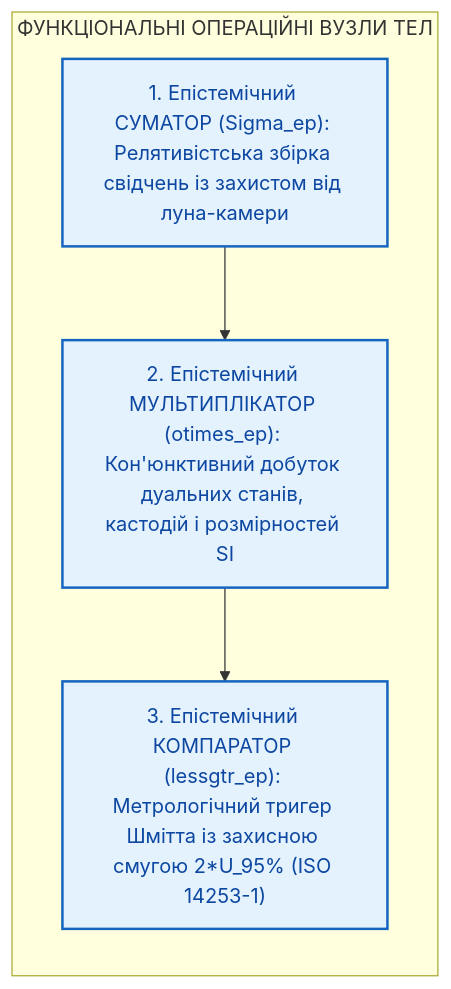
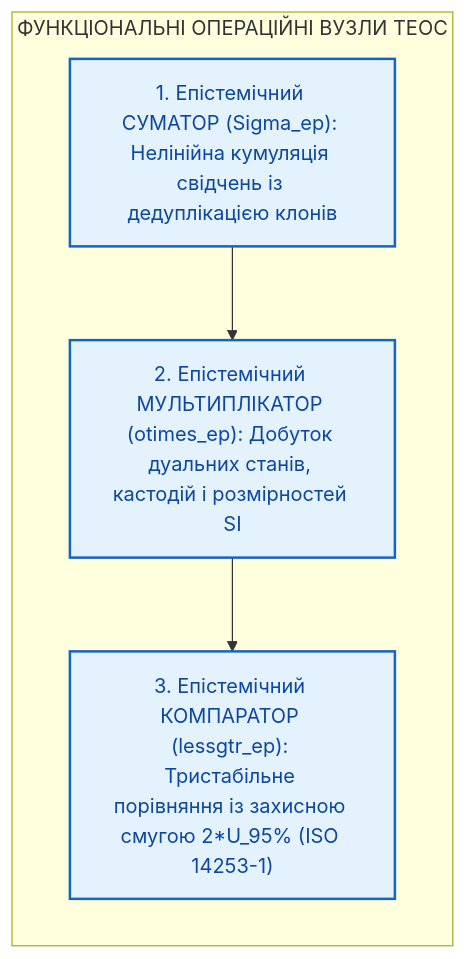
One commit to nick-fedchik/articles changed the first of 3 diagrams in Epistemic_Circuit_Theory/ch08-operational-units-adders-multipliers-comparators.md. Above: the diagram before and after it, drawn with Mermaid. The commit also changed other lines of this file and 10 other files, not shown here.

````diff
--- a/Epistemic_Circuit_Theory/ch08-operational-units-adders-multipliers-comparators.md
+++ b/Epistemic_Circuit_Theory/ch08-operational-units-adders-multipliers-comparators.md
@@ -40,16 +38,16 @@
 ```mermaid
 flowchart LR
-    accTitle: Три фундаментальні функціональні операційні вузли ТЕЛ
-    accDescr: Класифікація операційних вузлів ТЕЛ: Релятивістський суматор, Дуальний мультиплікатор та Гістерезисний компаратор.
+    accTitle: Рисунок 8.1. Три функціональні операційні вузли ТЕОС
+    accDescr: Послідовність операційних вузлів ТЕОС: Нелінійний суматор, Дуальний мультиплікатор та Тристабільний інтервальний компаратор.
 
-    subgraph Units ["ФУНКЦІОНАЛЬНІ ОПЕРАЦІЙНІ ВУЗЛИ ТЕЛ"]
-        Adder["1. Епістемічний СУМАТОР (Sigma_ep): Релятивістська збірка свідчень із захистом від луна-камери"]
-        Mult["2. Епістемічний МУЛЬТИПЛІКАТОР (otimes_ep): Кон'юнктивний добуток дуальних станів, кастодій і розмірностей SI"]
-        Comp["3. Епістемічний КОМПАРАТОР (lessgtr_ep): Метрологічний тригер Шмітта із захисною смугою 2*U_95% (ISO 14253-1)"]
+    subgraph Units ["ФУНКЦІОНАЛЬНІ ОПЕРАЦІЙНІ ВУЗЛИ ТЕОС"]
+        Adder["1. Епістемічний СУМАТОР (Sigma_ep): Нелінійна кумуляція свідчень із дедуплікацією клонів"]
+        Mult["2. Епістемічний МУЛЬТИПЛІКАТОР (otimes_ep): Добуток дуальних станів, кастодій і розмірностей SI"]
+        Comp["3. Епістемічний КОМПАРАТОР (lessgtr_ep): Тристабільне порівняння із захисною смугою 2*U_95% (ISO 14253-1)"]
     end
 
     Adder --> Mult --> Comp
 
     classDef unit fill:#e3f2fd,stroke:#1565c0,stroke-width:2px,color:#0d47a1;
     class Adder,Mult,Comp unit;
 ```
````
